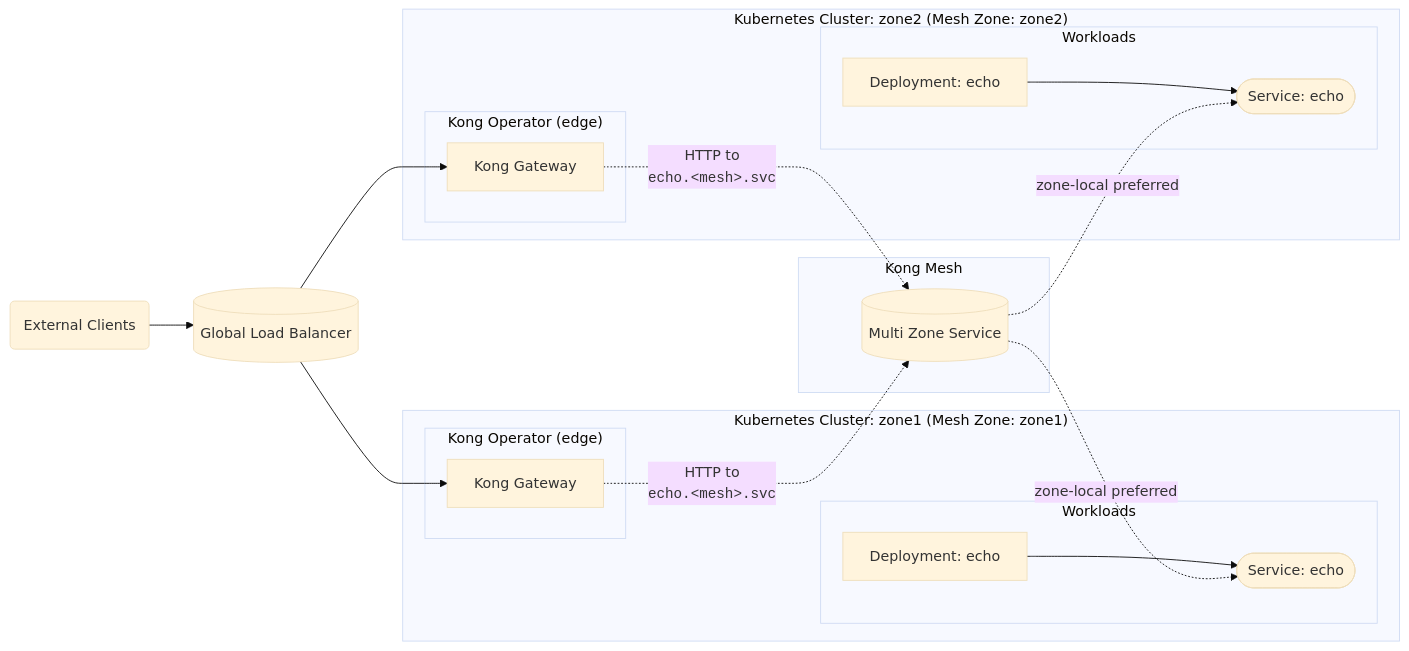
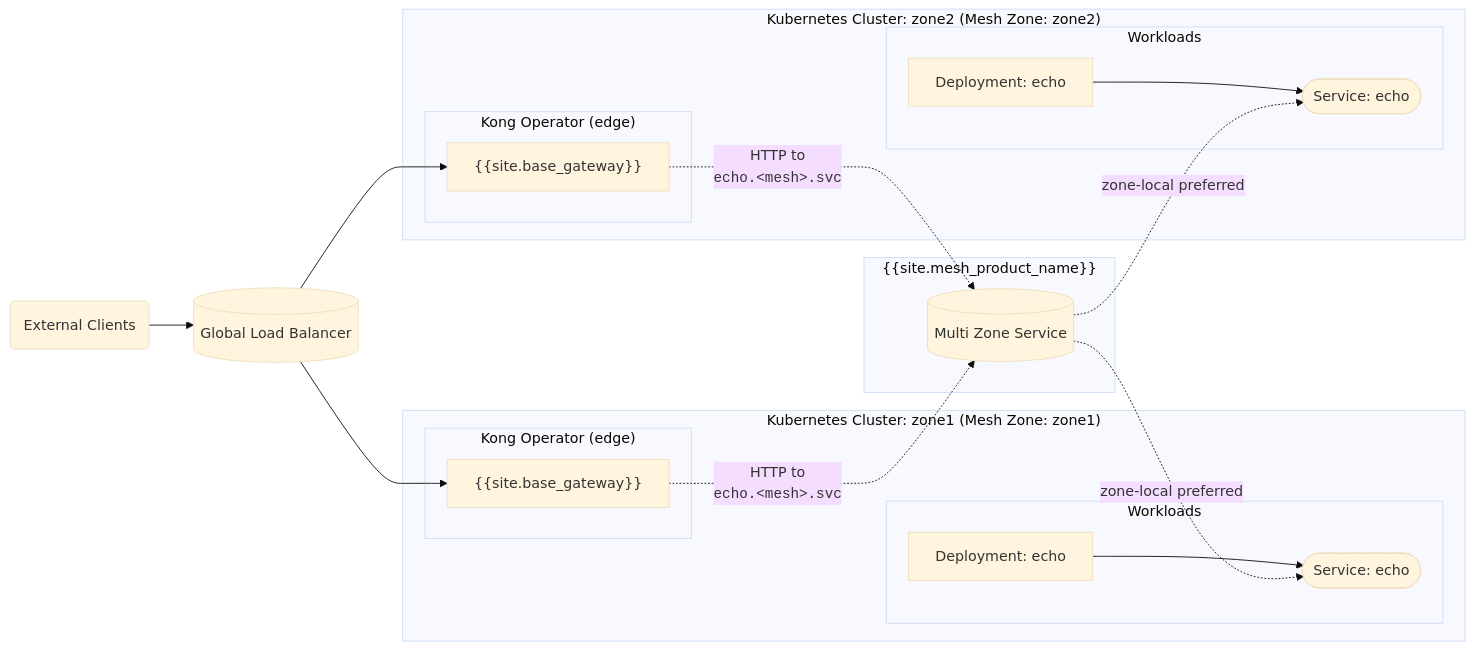
One commit to Kong/developer.konghq.com changed the diagram in app/_how-tos/mesh-dr.md. Above: the diagram before and after it, drawn with Mermaid (base theme). The commit also changed other lines of this file, not shown here.

```diff
--- a/app/_how-tos/mesh-dr.md
+++ b/app/_how-tos/mesh-dr.md
@@ -60,42 +60,42 @@
 {% mermaid %}
 ---
 config:
   layout: dagre
 ---
 flowchart LR
- subgraph MESH["Kong Mesh"]
+ subgraph MESH["{{site.mesh_product_name}}"]
         MMS[("Multi Zone Service")]
   end
  subgraph Z1Edge["Kong Operator (edge)"]
-        Z1KIC1["Kong Gateway"]
+        Z1KIC1["{{site.base_gateway}}"]
   end
  subgraph Z1Apps["Workloads"]
         Z1DEP["Deployment: echo"]
         Z1SVC(["Service: echo"])
   end
  subgraph Z1["Kubernetes Cluster: zone1 (Mesh Zone: zone1)"]
         Z1Edge
         Z1Apps
   end
  subgraph Z2Edge["Kong Operator (edge)"]
-        Z2KIC1["Kong Gateway"]
+        Z2KIC1["{{site.base_gateway}}"]
   end
  subgraph Z2Apps["Workloads"]
         Z2DEP["Deployment: echo"]
         Z2SVC(["Service: echo"])
   end
  subgraph Z2["Kubernetes Cluster: zone2 (Mesh Zone: zone2)"]
         Z2Edge
         Z2Apps
   end
     ext["External Clients"] --> GLB[("Global Load Balancer")]
     Z1DEP --> Z1SVC
     Z2DEP --> Z2SVC
     GLB --> Z1KIC1  & Z2KIC1 
     Z1KIC1 -. "HTTP to\n<code>echo.&lt;mesh&gt;.svc</code>" .-> MMS
     Z2KIC1 -. "HTTP to\n<code>echo.&lt;mesh&gt;.svc</code>" .-> MMS
     MMS -. "zone-local preferred" .-> Z1SVC & Z2SVC
     Z1DEP@{ shape: rect}
     Z2DEP@{ shape: rect}
     ext@{ shape: rounded}
 {% endmermaid %}
```
